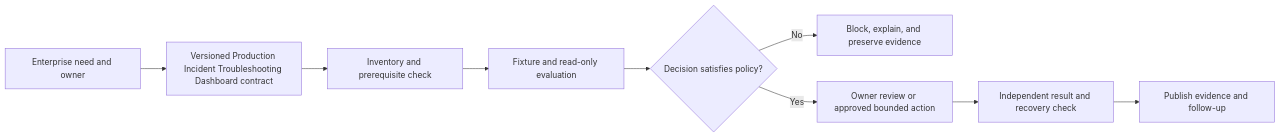
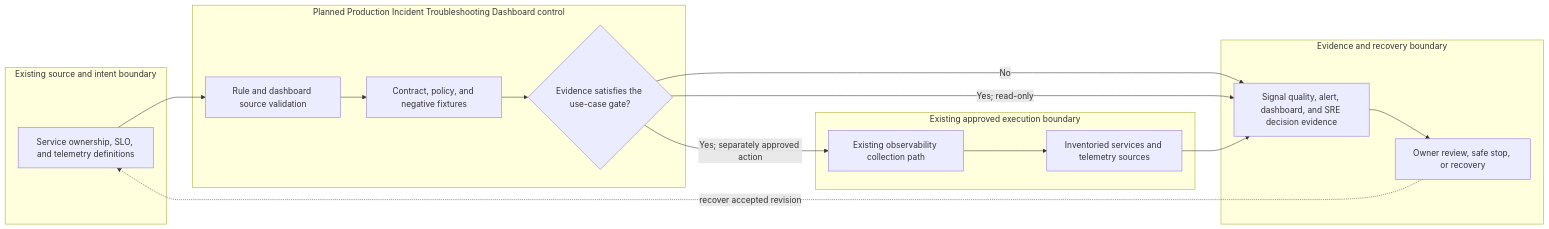
Before and after one commit to MIDHTECH/enterprise-architecture-docs: the diagram in docs/use-cases/observability/UC-OBS-007-production-incident-troubleshooting-dashboard.md, drawn with Mermaid. The commit also changed other lines of this file and 227 other files, not shown here.

Commit message:
Deepen architecture for all use case designs

````diff
--- a/docs/use-cases/observability/UC-OBS-007-production-incident-troubleshooting-dashboard.md
+++ b/docs/use-cases/observability/UC-OBS-007-production-incident-troubleshooting-dashboard.md
@@ -136,11 +129,25 @@
 ```mermaid
 flowchart LR
-    Need["Enterprise need and owner"] --> Contract["Versioned Production Incident Troubleshooting Dashboard contract"]
-    Contract --> Preflight["Inventory and prerequisite check"]
-    Preflight --> Evaluate["Fixture and read-only evaluation"]
-    Evaluate --> Decision{"Decision satisfies policy?"}
-    Decision -->|No| Stop["Block, explain, and preserve evidence"]
-    Decision -->|Yes| Review["Owner review or approved bounded action"]
-    Review --> Verify["Independent result and recovery check"]
-    Verify --> Publish["Publish evidence and follow-up"]
+    subgraph Source["Existing source and intent boundary"]
+        A["Service ownership, SLO, and telemetry definitions"]
+    end
+    subgraph Planned["Planned Production Incident Troubleshooting Dashboard control"]
+        B["Rule and dashboard source validation"]
+        C["Contract, policy, and negative fixtures"]
+        D{"Evidence satisfies the use-case gate?"}
+    end
+    subgraph Runtime["Existing approved execution boundary"]
+        E["Existing observability collection path"]
+        F["Inventoried services and telemetry sources"]
+    end
+    subgraph Assurance["Evidence and recovery boundary"]
+        G["Signal quality, alert, dashboard, and SRE decision evidence"]
+        H["Owner review, safe stop, or recovery"]
+    end
+
+    A --> B --> C --> D
+    D -->|No| G --> H
+    D -->|Yes; read-only| G
+    D -->|Yes; separately approved action| E --> F --> G
+    H -. recover accepted revision .-> A
 ```
````
